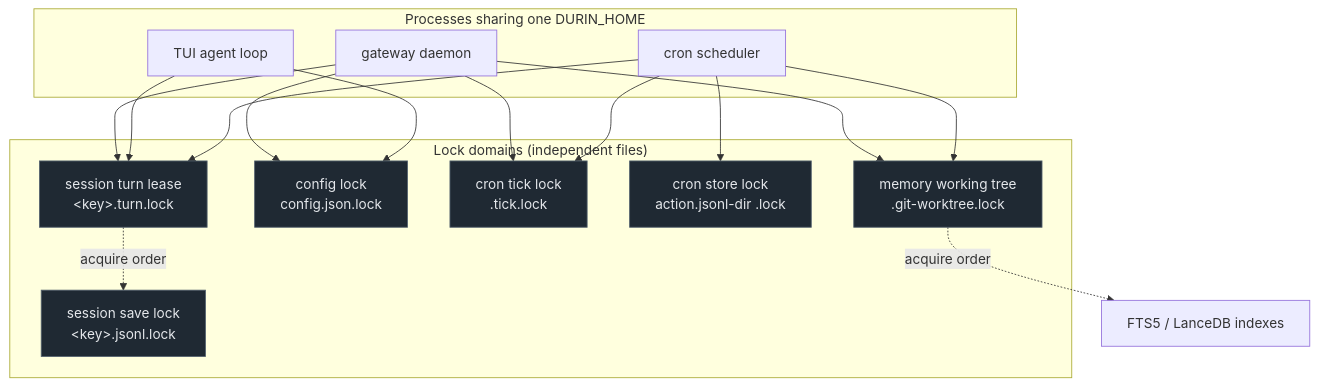
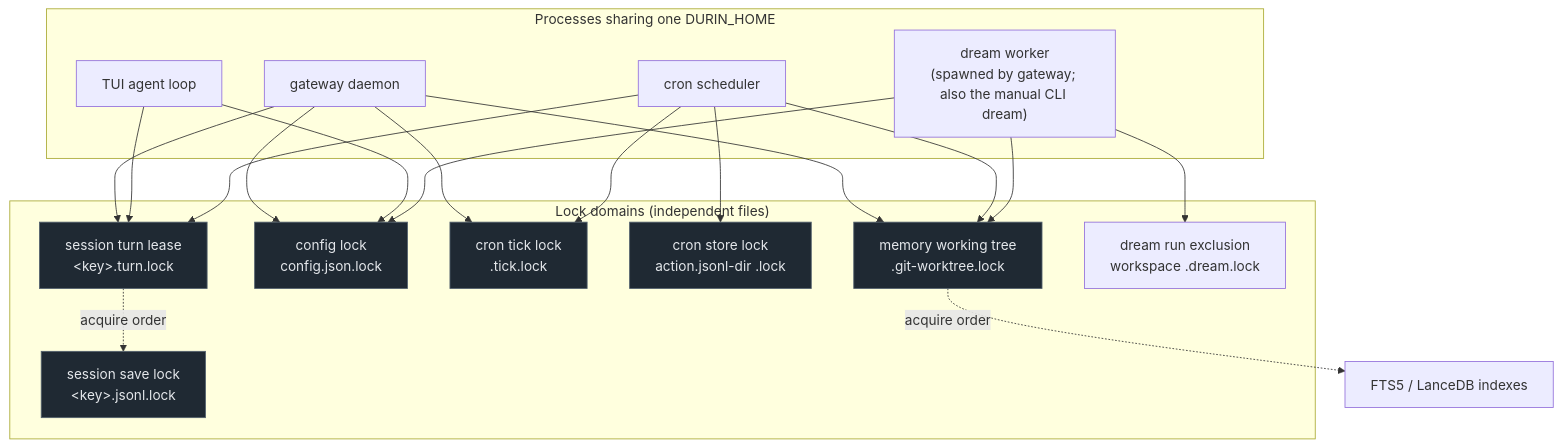
Before and after one commit to mmarmol/durin: the diagram in docs/internals/concurrency.md, drawn with Mermaid. The commit also changed other lines of this file and 3 other files, not shown here.

Commit message:
docs(internals): dream subprocess model; ops logs for worker spawn/exit

````diff
--- a/docs/internals/concurrency.md
+++ b/docs/internals/concurrency.md
@@ -88,34 +96,39 @@
 ```mermaid
 flowchart TB
     subgraph procs["Processes sharing one DURIN_HOME"]
         GW["gateway daemon"]
         TUI["TUI agent loop"]
         CRON["cron scheduler"]
+        DW["dream worker<br/>(spawned by gateway; also the manual CLI dream)"]
     end
 
     subgraph domains["Lock domains (independent files)"]
         TURN["session turn lease<br/>&lt;key&gt;.turn.lock"]
         SAVE["session save lock<br/>&lt;key&gt;.jsonl.lock"]
         CFG["config lock<br/>config.json.lock"]
         TICK["cron tick lock<br/>.tick.lock"]
         CACTION["cron store lock<br/>action.jsonl-dir .lock"]
         GWT["memory working tree<br/>.git-worktree.lock"]
+        DREAM["dream run exclusion<br/>workspace .dream.lock"]
     end
 
     GW --> TURN
     GW --> CFG
     GW --> TICK
     GW --> GWT
     TUI --> TURN
     TUI --> CFG
     CRON --> TURN
     CRON --> TICK
     CRON --> CACTION
     CRON --> GWT
+    DW --> DREAM
+    DW --> GWT
+    DW --> CFG
 
     TURN -.acquire order.-> SAVE
     GWT -.acquire order.-> FTS["FTS5 / LanceDB indexes"]
 
     classDef dom fill:#1f2933,stroke:#52606d,color:#e4e7eb;
     class TURN,SAVE,CFG,TICK,CACTION,GWT dom;
 ```
````
